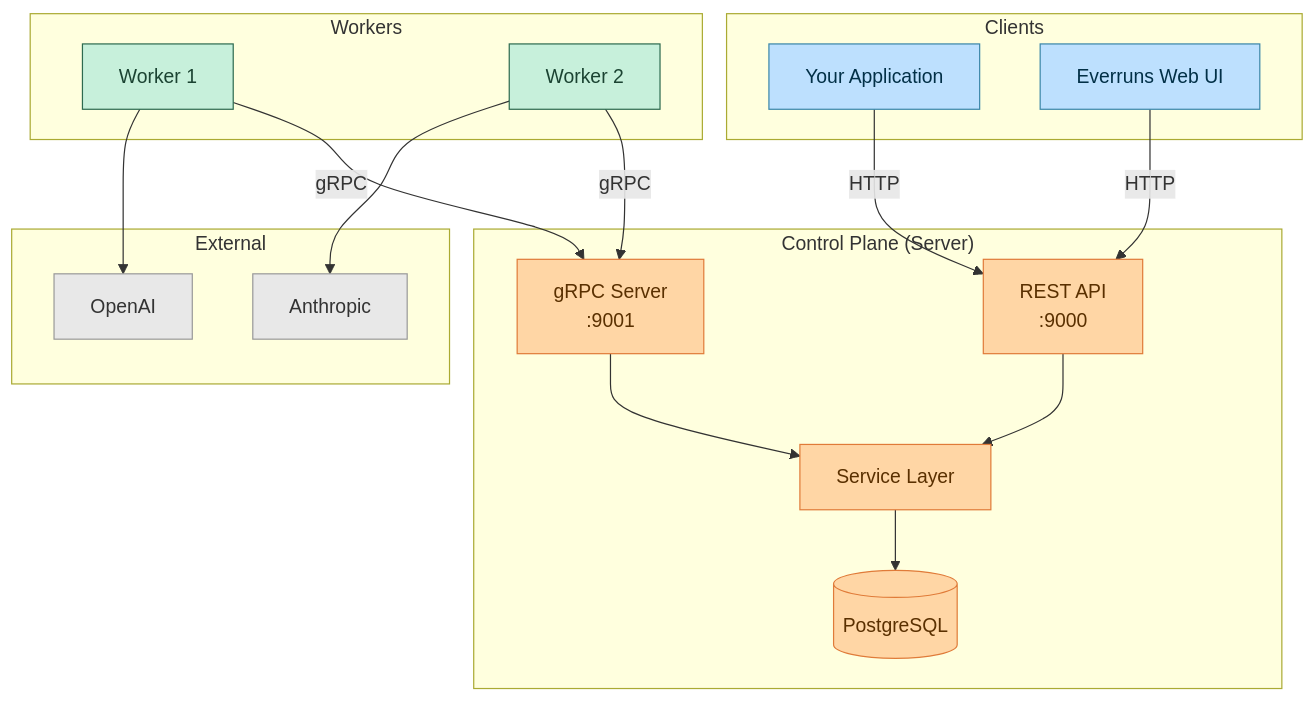
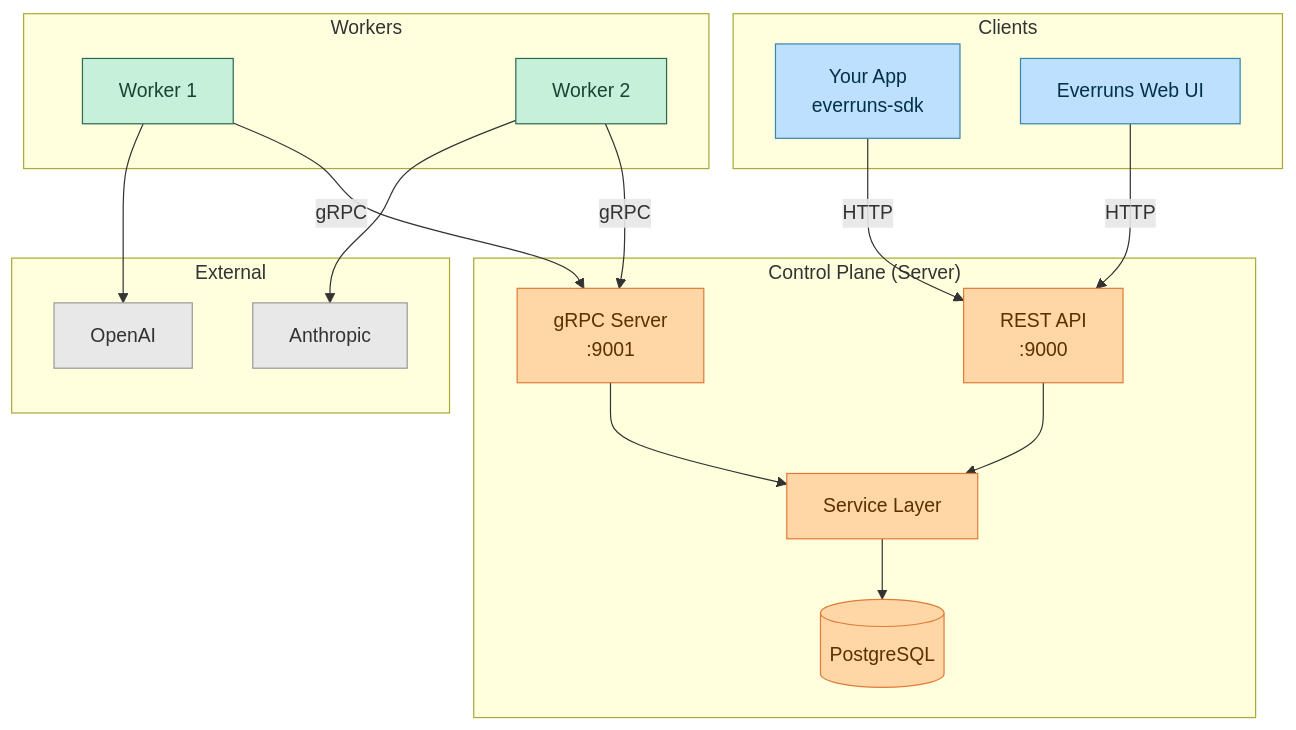
One commit to everruns/everruns changed the fifth of 5 diagrams in docs/tutorials/building-agents-using-sdk/index.md. Above: the diagram before and after it, drawn with Mermaid. The commit also changed other lines of this file, not shown here.

First line of the commit message:
docs: rewrite SDK tutorial to use everruns-sdk Python package

````diff
--- a/docs/tutorials/building-agents-using-sdk/index.md
+++ b/docs/tutorials/building-agents-using-sdk/index.md
@@ -802,45 +650,45 @@
 ```mermaid
 graph TB
     subgraph Clients
-        App[Your Application]
+        App[Your App<br/>everruns-sdk]
         UI[Everruns Web UI]
     end
 
     subgraph Control["Control Plane (Server)"]
         REST["REST API<br/>:9000"]
         GRPC["gRPC Server<br/>:9001"]
         Services[Service Layer]
         DB[(PostgreSQL)]
     end
 
     subgraph Workers
         W1[Worker 1]
         W2[Worker 2]
     end
 
     subgraph External
         OpenAI[OpenAI]
         Anthropic[Anthropic]
     end
 
     App -->|HTTP| REST
     UI -->|HTTP| REST
     REST --> Services
     Services --> DB
     GRPC --> Services
 
     W1 -->|gRPC| GRPC
     W2 -->|gRPC| GRPC
     W1 --> OpenAI
     W2 --> Anthropic
 
     classDef client fill:#bde0fe,stroke:#3a86a8,color:#023047
     classDef control fill:#ffd6a5,stroke:#e07b39,color:#5a3000
     classDef worker fill:#c7f0db,stroke:#2d6a4f,color:#1b4332
     classDef ext fill:#e8e8e8,stroke:#999,color:#333
 
     class App,UI client
     class REST,GRPC,Services,DB control
     class W1,W2 worker
     class OpenAI,Anthropic ext
 ```
````
